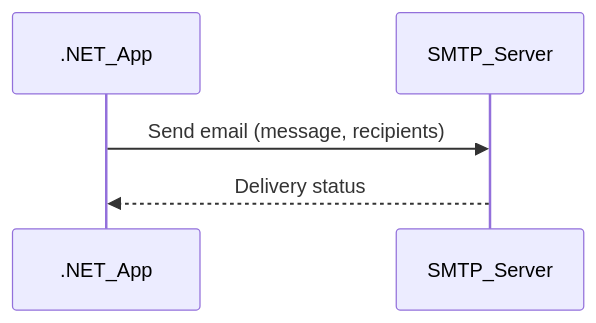
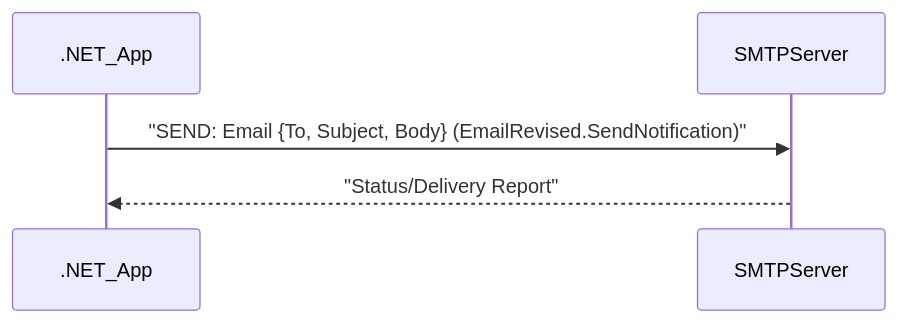
The sixth of 6 diagrams in business_functionality.md (saniyakapur39/.NET_code_analyzer), drawn with Mermaid before and after one commit. The commit also changed other lines of this file, not shown here.

````diff
--- a/business_functionality.md
+++ b/business_functionality.md
@@ -157,7 +137,7 @@
 ```mermaid
 sequenceDiagram
-    participant .NET_App
-    participant SMTP_Server
-    .NET_App->>SMTP_Server: Send email (message, recipients)
-    SMTP_Server-->>.NET_App: Delivery status
+participant .NET_App
+participant SMTPServer
+.NET_App->>SMTPServer: "SEND: Email {To, Subject, Body} (EmailRevised.SendNotification)"
+SMTPServer-->>.NET_App: "Status/Delivery Report"
 ```
````
